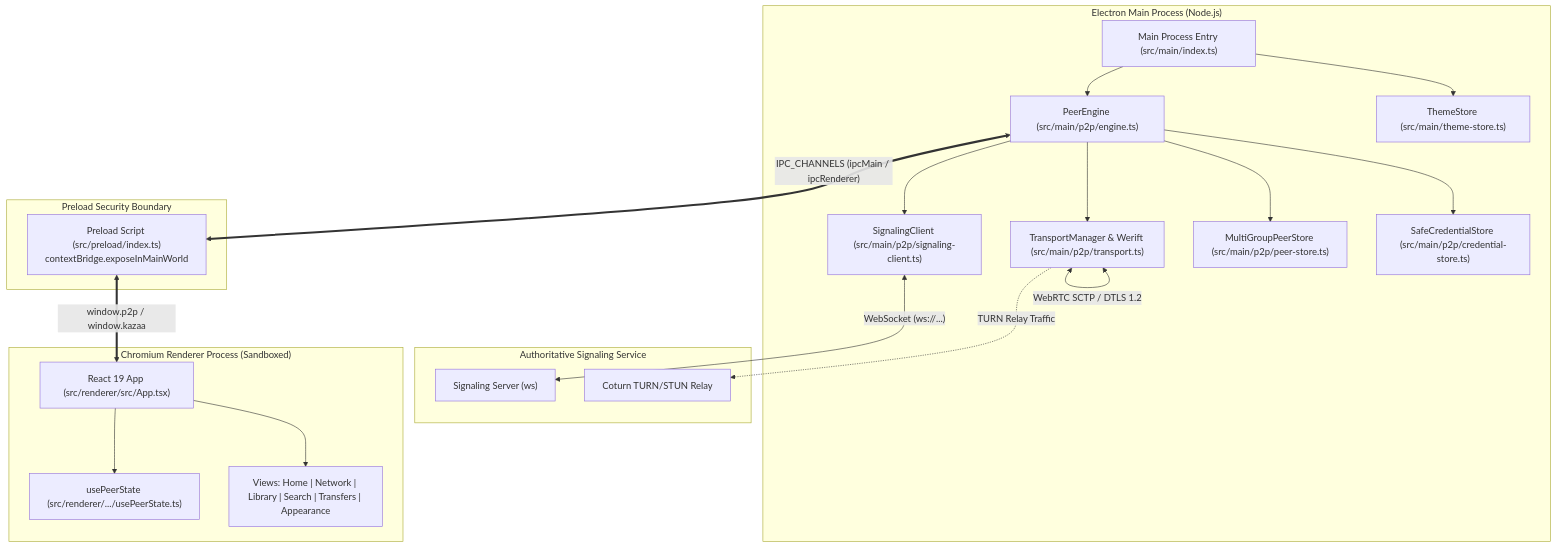
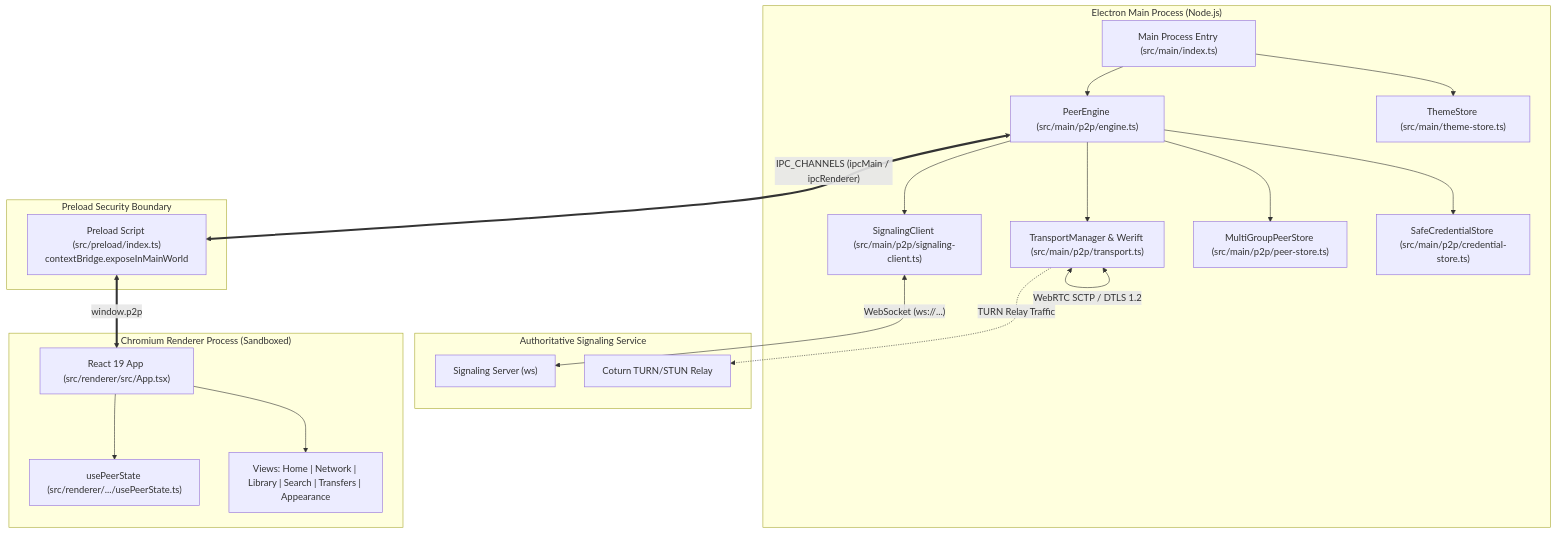
Before and after one commit to Megumi2910/p2p-multiple-groups: the diagram in docs/architecture/01-system-overview.md, drawn with Mermaid. The commit also changed other lines of this file and 45 other files, not shown here.

````diff
--- a/docs/architecture/01-system-overview.md
+++ b/docs/architecture/01-system-overview.md
@@ -11,44 +11,44 @@
 ```mermaid
 graph TD
     subgraph SignalingCluster["Authoritative Signaling Service"]
         WS_SRV["Signaling Server (ws)"]
         COTURN["Coturn TURN/STUN Relay"]
     end
 
     subgraph MainProcess["Electron Main Process (Node.js)"]
         ENTRY["Main Process Entry (src/main/index.ts)"]
         ENGINE["PeerEngine (src/main/p2p/engine.ts)"]
         TRANSPORT["TransportManager & Werift (src/main/p2p/transport.ts)"]
         SIG_CLIENT["SignalingClient (src/main/p2p/signaling-client.ts)"]
         STORE["MultiGroupPeerStore (src/main/p2p/peer-store.ts)"]
         SAFE["SafeCredentialStore (src/main/p2p/credential-store.ts)"]
         THEME["ThemeStore (src/main/theme-store.ts)"]
 
         ENTRY --> ENGINE
         ENTRY --> THEME
         ENGINE --> STORE
         ENGINE --> SAFE
         ENGINE --> TRANSPORT
         ENGINE --> SIG_CLIENT
     end
 
     subgraph PreloadBridge["Preload Security Boundary"]
         PRELOAD["Preload Script (src/preload/index.ts)\ncontextBridge.exposeInMainWorld"]
     end
 
     subgraph RendererProcess["Chromium Renderer Process (Sandboxed)"]
         REACT_APP["React 19 App (src/renderer/src/App.tsx)"]
         HOOK["usePeerState (src/renderer/.../usePeerState.ts)"]
         VIEWS["Views: Home | Network | Library | Search | Transfers | Appearance"]
 
         REACT_APP --> HOOK
         REACT_APP --> VIEWS
     end
 
     SIG_CLIENT <-->|"WebSocket (ws://...)"| WS_SRV
     TRANSPORT <-->|"WebRTC SCTP / DTLS 1.2"| TRANSPORT
     TRANSPORT -.->|"TURN Relay Traffic"| COTURN
 
     ENGINE <==>|"IPC_CHANNELS (ipcMain / ipcRenderer)"| PRELOAD
-    PRELOAD <==>|"window.p2p / window.kazaa"| REACT_APP
+    PRELOAD <==>|"window.p2p"| REACT_APP
 ```
````
